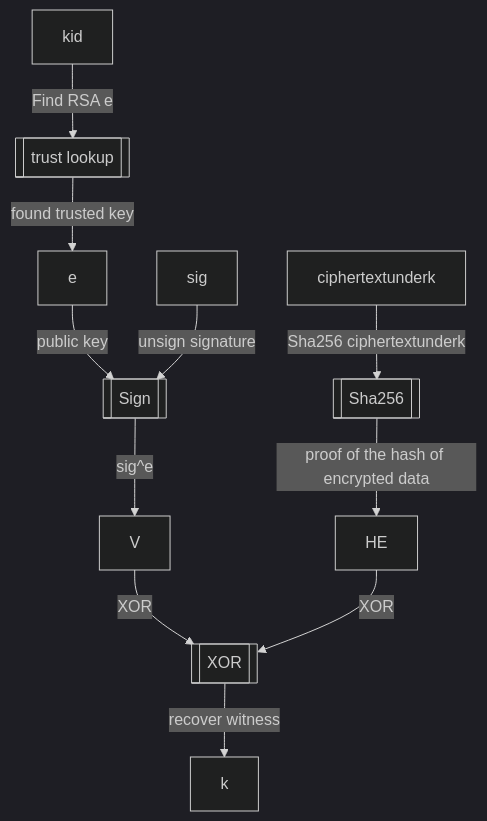
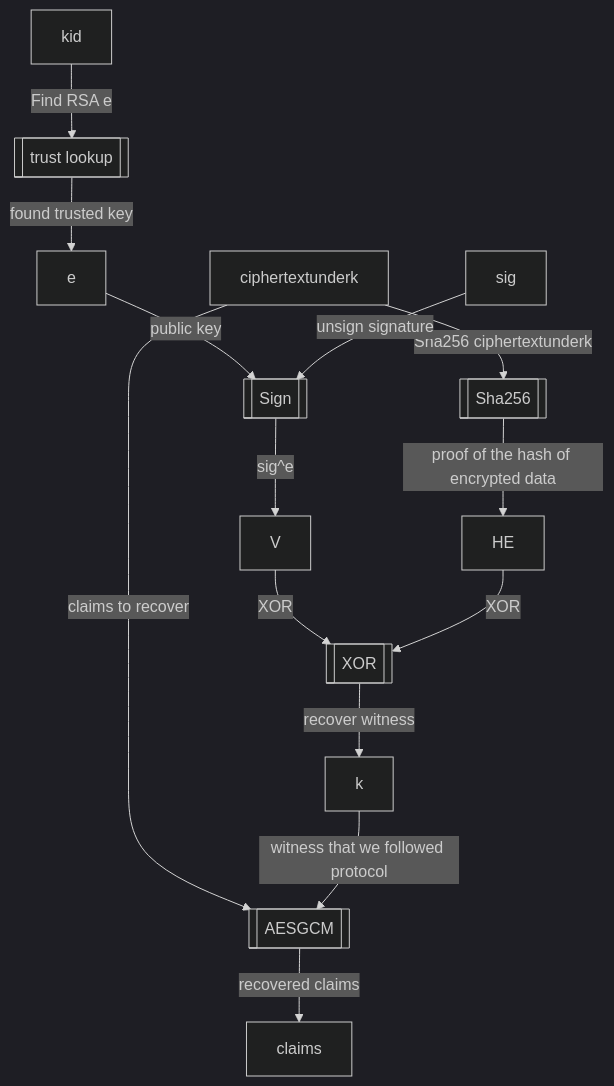
One commit to rfielding/whiskeyTango changed the third of 3 diagrams in README.md. Above: the diagram before and after it, drawn with Mermaid (dark theme).

Commit message:
update diagram

````diff
--- a/README.md
+++ b/README.md
@@ -146,19 +146,21 @@
 ```mermaid
 flowchart TB
   trustlookup[[trust lookup]]
   kid-- Find RSA e -->trustlookup
   trustlookup-- found trusted key -->e
   Sha256[[Sha256]]
   ciphertextunderk-- Sha256 ciphertextunderk -->Sha256
   Sha256-- proof of the hash of encrypted data -->HE
   Sign[[Sign]]
   e-- public key -->Sign
   sig-- unsign signature -->Sign
   Sign-- sig^e -->V
   XOR[[XOR]]
   V-- XOR -->XOR
   HE-- XOR -->XOR
   XOR-- recover witness -->k
-
-  
+  AESGCM[[AESGCM]]
+  ciphertextunderk-- claims to recover -->AESGCM  
+  k-- witness that we followed protocol -->AESGCM  
+  AESGCM-- recovered claims -->claims 
 ```
````
